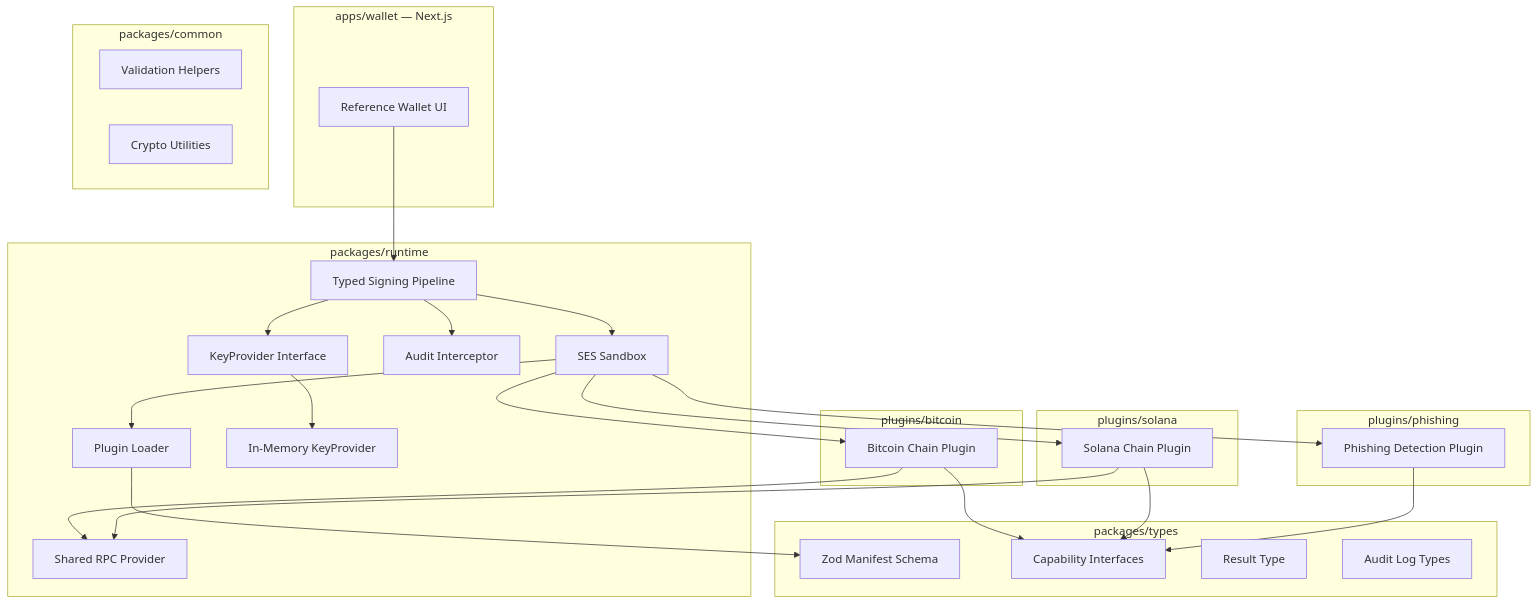
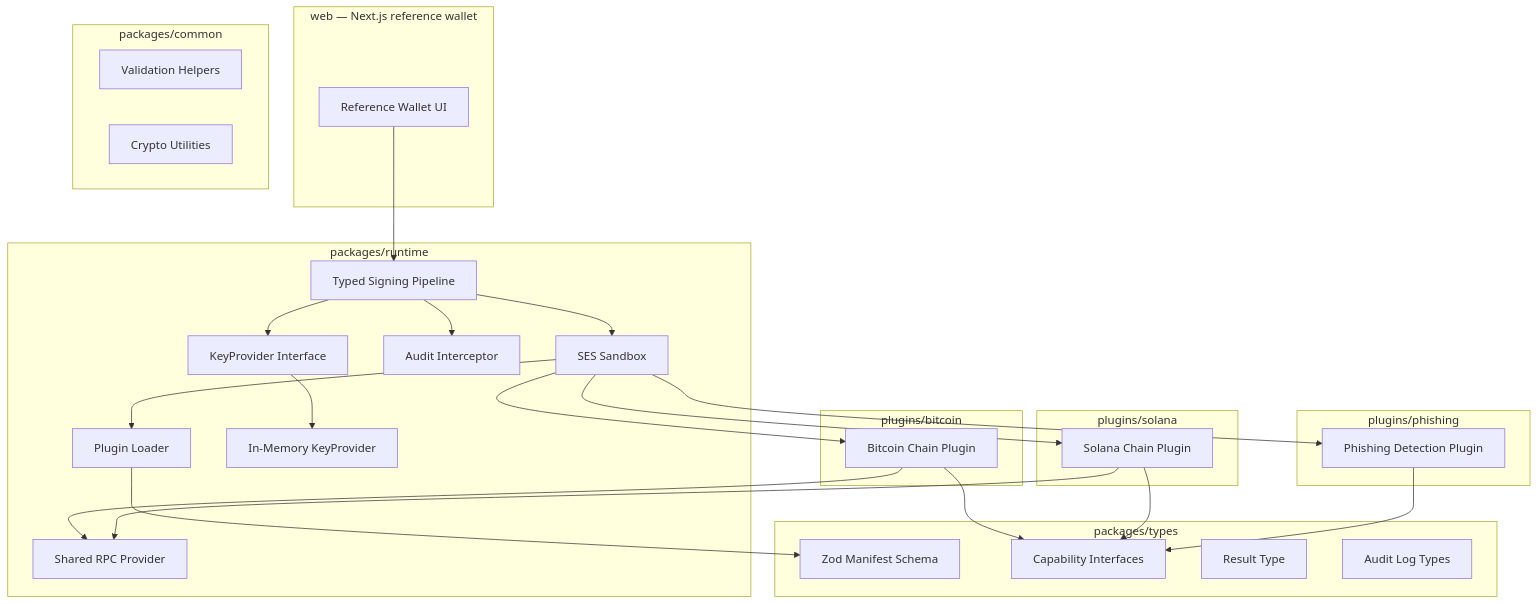
Before and after one commit to saintparish4/ea: the first of 2 diagrams in README.md, drawn with Mermaid. The commit also changed other lines of this file and 24 other files, not shown here.

````diff
--- a/README.md
+++ b/README.md
@@ -11,56 +13,56 @@
 ```mermaid
 graph TB
-  subgraph apps [apps/wallet — Next.js]
+  subgraph web [web — Next.js reference wallet]
     WalletUI[Reference Wallet UI]
   end
 
   subgraph pkgRuntime [packages/runtime]
     Loader[Plugin Loader]
     Sandbox[SES Sandbox]
     Pipeline[Typed Signing Pipeline]
     AuditInterceptor[Audit Interceptor]
     RpcProvider[Shared RPC Provider]
     KeyProvider[KeyProvider Interface]
     InMemoryKeys[In-Memory KeyProvider]
   end
 
   subgraph pkgTypes [packages/types]
     ZodManifest[Zod Manifest Schema]
     Capabilities[Capability Interfaces]
     ResultType["Result<T,E> Type"]
     AuditTypes[Audit Log Types]
   end
 
   subgraph pkgCommon [packages/common]
     Validation[Validation Helpers]
     CryptoUtils[Crypto Utilities]
   end
 
   subgraph pluginsBtc [plugins/bitcoin]
     BtcPlugin[Bitcoin Chain Plugin]
   end
 
   subgraph pluginsSol [plugins/solana]
     SolPlugin[Solana Chain Plugin]
   end
 
   subgraph pluginsPhish [plugins/phishing]
     PhishPlugin[Phishing Detection Plugin]
   end
 
   WalletUI --> Pipeline
   Pipeline --> Sandbox
   Pipeline --> AuditInterceptor
   Pipeline --> KeyProvider
   Sandbox --> Loader
   Loader --> ZodManifest
   BtcPlugin --> Capabilities
   SolPlugin --> Capabilities
   PhishPlugin --> Capabilities
   Sandbox --> BtcPlugin
   Sandbox --> SolPlugin
   Sandbox --> PhishPlugin
   BtcPlugin --> RpcProvider
   SolPlugin --> RpcProvider
   KeyProvider --> InMemoryKeys
 ```
````
